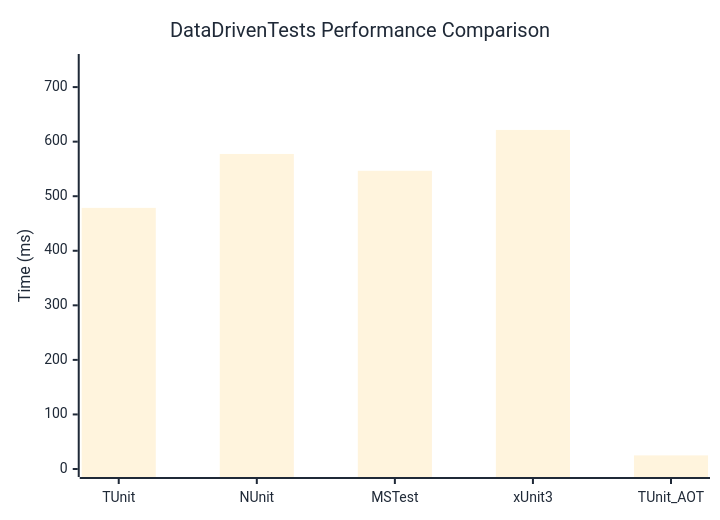
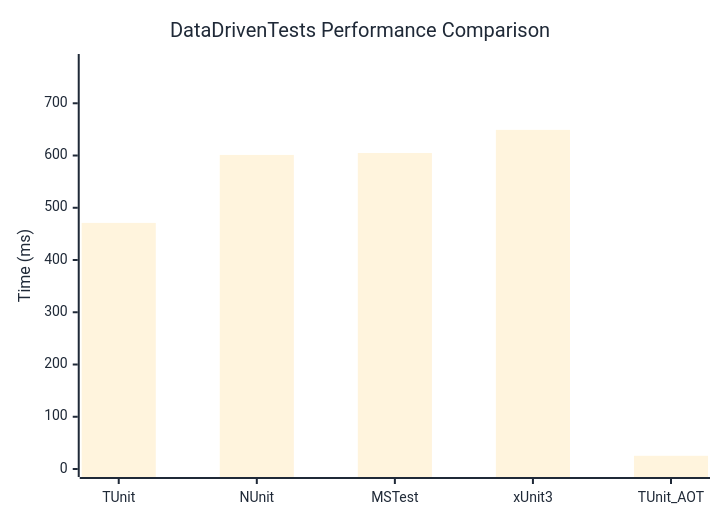
Before and after one commit to thomhurst/TUnit: the diagram in docs/docs/benchmarks/DataDrivenTests.md, drawn with Mermaid. The commit also changed other lines of this file and 17 other files, not shown here.

````diff
--- a/docs/docs/benchmarks/DataDrivenTests.md
+++ b/docs/docs/benchmarks/DataDrivenTests.md
@@ -27,37 +27,37 @@
 ```mermaid
 %%{init: {
   'theme':'base',
   'themeVariables': {
     'primaryColor': '#2563eb',
     'primaryTextColor': '#1f2937',
     'primaryBorderColor': '#1e40af',
     'lineColor': '#6b7280',
     'secondaryColor': '#7c3aed',
     'tertiaryColor': '#dc2626',
     'background': '#ffffff',
     'mainBkg': '#2563eb',
     'secondBkg': '#7c3aed',
     'tertiaryBkg': '#dc2626',
     'clusterBkg': '#f3f4f6',
     'edgeLabelBackground': '#ffffff',
     'tertiaryTextColor': '#1f2937',
     'pie1': '#2563eb',
     'pie2': '#7c3aed',
     'pie3': '#dc2626',
     'pie4': '#f59e0b',
     'pie5': '#10b981',
     'pie6': '#06b6d4',
     'pie7': '#ec4899',
     'pie8': '#6366f1',
     'pie9': '#84cc16',
     'pie10': '#f97316',
     'pie11': '#14b8a6',
     'pie12': '#a855f7'
   }
 }}%%
 xychart-beta
   title "DataDrivenTests Performance Comparison"
   x-axis ["TUnit", "NUnit", "MSTest", "xUnit3", "TUnit_AOT"]
-  y-axis "Time (ms)" 0 --> 746
-  bar [478.63, 577.42, 546.6, 621.48, 24.92]
+  y-axis "Time (ms)" 0 --> 779
+  bar [471.01, 601.13, 604.81, 649.09, 25.31]
 ```
````
